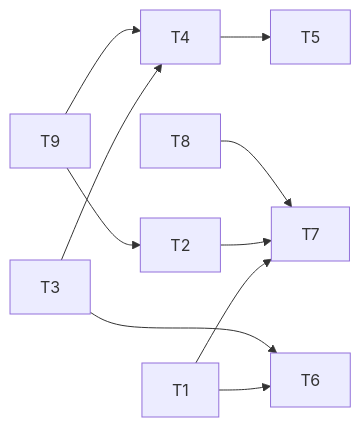
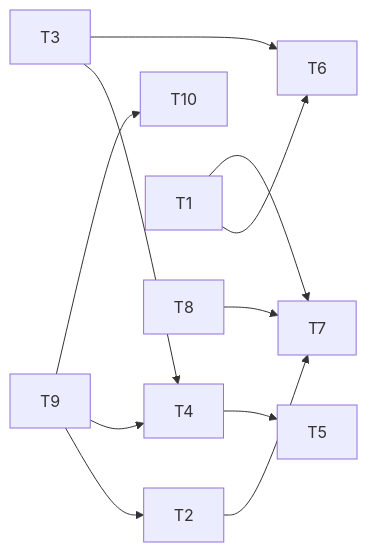
One commit to TajVirani/llm-scaffold-claude changed the diagram in .workflow/specs/001-large-path/tasks.md. Above: the diagram before and after it, drawn with Mermaid. The commit also changed other lines of this file and 2 other files, not shown here.

````diff
--- a/.workflow/specs/001-large-path/tasks.md
+++ b/.workflow/specs/001-large-path/tasks.md
@@ -226,12 +248,13 @@
 ```mermaid
 graph LR
   T9 --> T2
   T3 --> T4
   T9 --> T4
   T4 --> T5
   T1 --> T6
   T3 --> T6
   T1 --> T7
   T2 --> T7
   T8 --> T7
+  T9 --> T10
 ```
````
